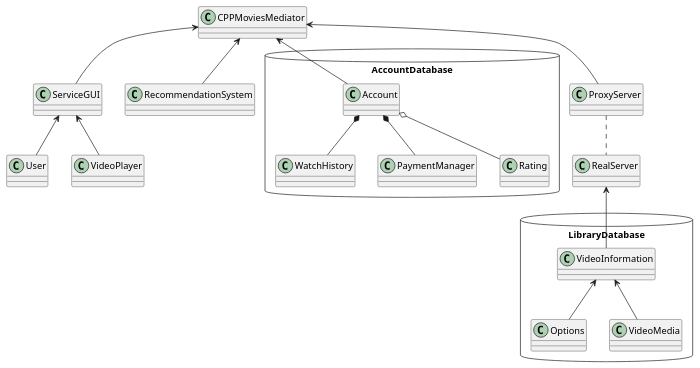
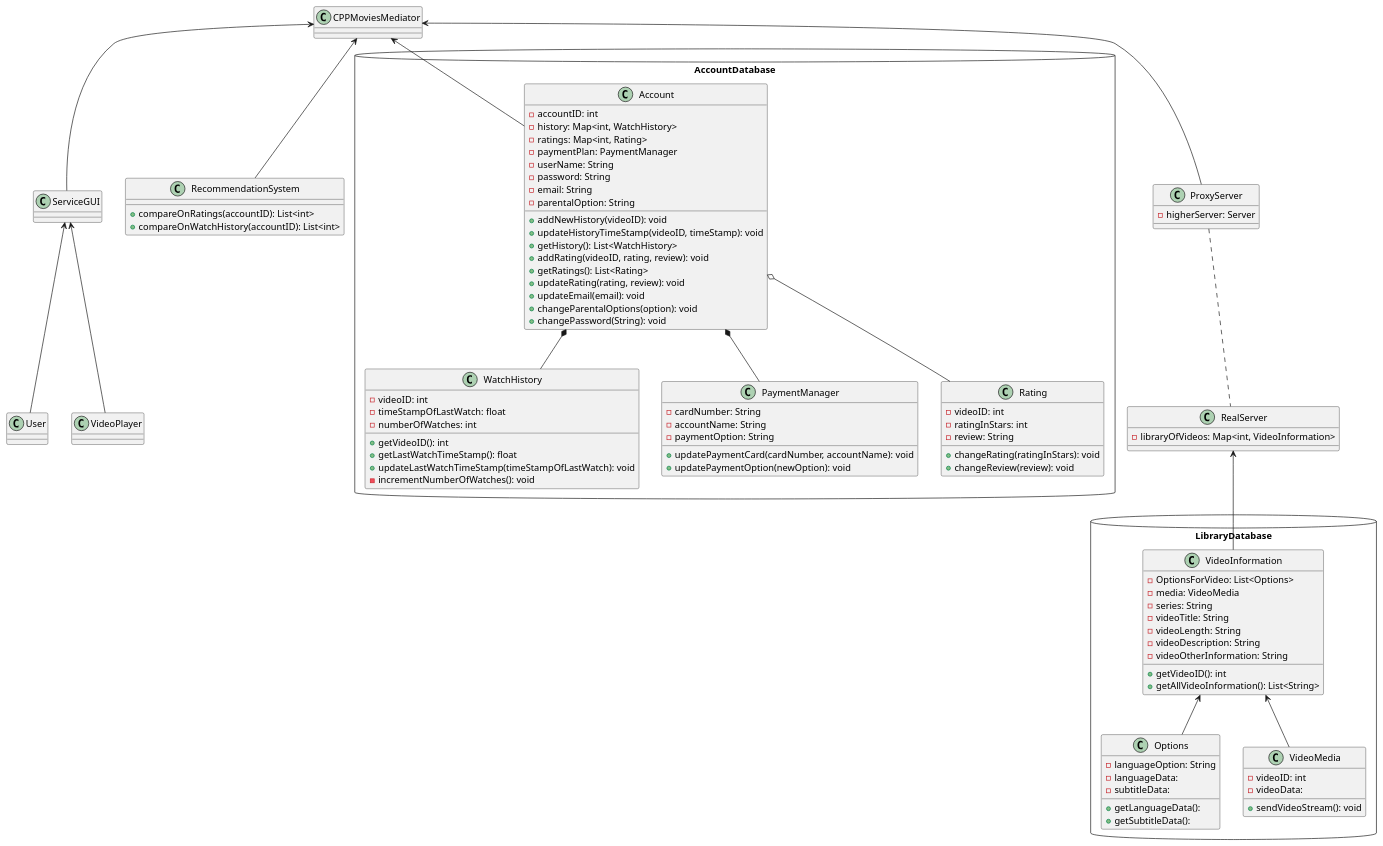
One commit to Lex-ari/CS4800-FoodDelivery changed the diagram in src/UMLs/CPPMovies.puml. Above: the diagram before and after it, drawn with PlantUML.

Commit message:
Update CPPMovies.puml
Started Adding Possible Attributes and Methods

```diff
--- a/src/UMLs/CPPMovies.puml
+++ b/src/UMLs/CPPMovies.puml
@@ -1,55 +1,150 @@
 @startuml
 'https://plantuml.com/class-diagram
 
 class User
 
 
 package AccountDatabase <<Database>> {
 class WatchHistory
+{
+- videoID: int
+- timeStampOfLastWatch: float
+- numberOfWatches: int
+
++ getVideoID(): int
++ getLastWatchTimeStamp(): float
++ updateLastWatchTimeStamp(timeStampOfLastWatch): void
+- incrementNumberOfWatches(): void
+}
 class PaymentManager
+{
+- cardNumber: String
+- accountName: String
+- paymentOption: String
+
++ updatePaymentCard(cardNumber, accountName): void
++ updatePaymentOption(newOption): void
+}
 class Account
+{
+- accountID: int
+- history: Map<int, WatchHistory>
+- ratings: Map<int, Rating>
+- paymentPlan: PaymentManager
+- userName: String
+- password: String
+- email: String
+- parentalOption: String
+
++ addNewHistory(videoID): void
++ updateHistoryTimeStamp(videoID, timeStamp): void
++ getHistory(): List<WatchHistory>
++ addRating(videoID, rating, review): void
++ getRatings(): List<Rating>
++ updateRating(rating, review): void
++ updateEmail(email): void
++ changeParentalOptions(option): void
++ changePassword(String): void
+}
 class Rating
+{
+- videoID: int
+- ratingInStars: int
+- review: String
+
++ changeRating(ratingInStars): void
++ changeReview(review): void
+}
 
 Account *-- PaymentManager
 Account *-- WatchHistory
 Account o-- Rating
 }
 
 
 class ServiceGUI
+{
+
+}
 ServiceGUI <-- User
 
 class VideoPlayer
+{
+
+}
 ServiceGUI <-- VideoPlayer
 
 class RecommendationSystem
+{
++ compareOnRatings(accountID): List<int>
++ compareOnWatchHistory(accountID): List<int>
+
+}
 class CPPMoviesMediator
+{
+
+}
 CPPMoviesMediator <-- RecommendationSystem
 CPPMoviesMediator <-- ServiceGUI
 CPPMoviesMediator <-- Account
 
 
 
 
 
 package LibraryDatabase <<Database>> {
 class VideoInformation
+{
+- OptionsForVideo: List<Options>
+- media: VideoMedia
+- series: String
+- videoTitle: String
+- videoLength: String
+- videoDescription: String
+- videoOtherInformation: String
+
++ getVideoID(): int
++ getAllVideoInformation(): List<String>
+
+}
 class Options
+{
+- languageOption: String
+- languageData:
+- subtitleData:
+
++ getLanguageData():
++ getSubtitleData():
+}
 class VideoMedia
+{
+- videoID: int
+- videoData:
+
++ sendVideoStream(): void
+}
 
 VideoInformation <-- Options
 VideoInformation <-- VideoMedia
 }
 
 class RealServer
+{
+- libraryOfVideos: Map<int, VideoInformation>
+}
 class ProxyServer
+{
+- higherServer: Server
+
+
+}
 
 CPPMoviesMediator <-- ProxyServer
 ProxyServer .. RealServer
 
 RealServer <-- VideoInformation
 
 
 
 
 @enduml
```
